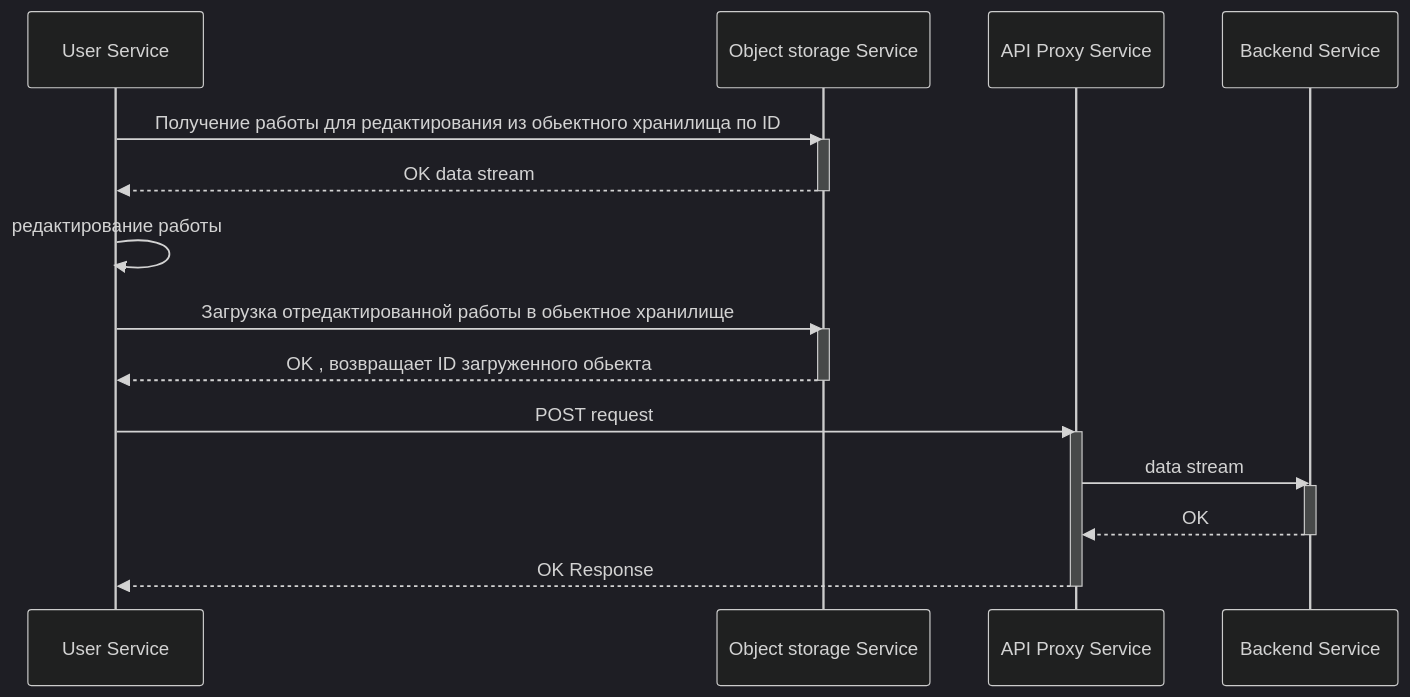
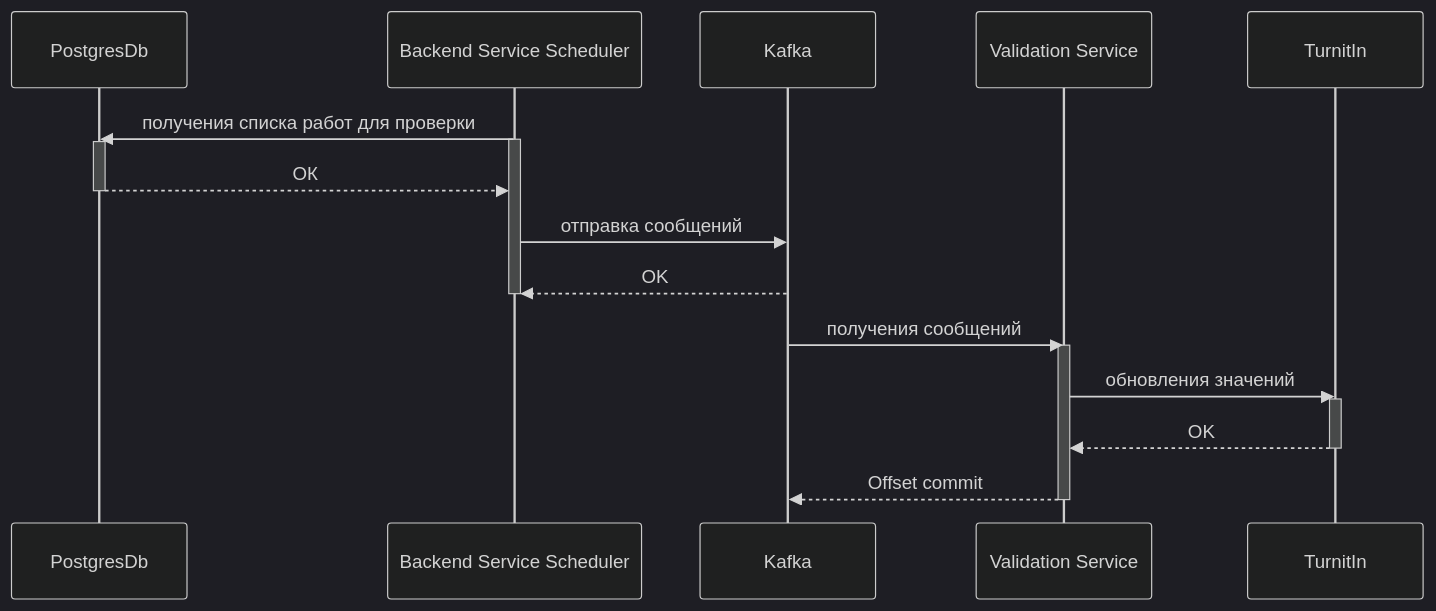
The fourth of 4 diagrams in FinalProject/project.md (Santat2023/OtusHomework), drawn with Mermaid (dark theme) before and after one commit. The commit also changed other lines of this file, not shown here.

````diff
--- a/FinalProject/project.md
+++ b/FinalProject/project.md
@@ -238,25 +257,29 @@
 ```mermaid
 sequenceDiagram
-    participant USR as User Service
-    participant S3 as Object storage Service
-    participant API as API Proxy Service
-    participant Backend as Backend Service
+      participant Db as PostgresDb
+    participant Backend as Backend Service Scheduler
+    participant Kafka as Kafka
+    participant Validation as Validation Service
+    participant TurnitIn as TurnitIn
 
-    USR->>S3: Получение работы для редактирования из обьектного хранилища по ID
-    activate S3
-    S3-->>USR: OK data stream
-    deactivate S3
-    USR->>USR: редактирование работы
-    USR->>S3: Загрузка отредактированной работы в обьектное хранилище
-    activate S3
-    S3-->>USR: OK , возвращает ID загруженного обьекта
-    deactivate S3
-    USR->>API: POST request
-    activate API
-    API->>Backend: data stream
+    Backend ->> Db: получения списка работ для проверки
     activate Backend
-    Backend-->>API: OK
+    activate Db
+    Db -->> Backend: ОК
+    deactivate Db
+
+    Backend ->> Kafka: отправка сообщений
+    Kafka -->> Backend: OK
     deactivate Backend
-    API-->>USR: OK Response
-    deactivate API
+
+    Kafka ->> Validation: получения сообщений
+    activate Validation
+    Validation ->> TurnitIn: обновления значений
+    activate TurnitIn
+    TurnitIn -->> Validation: OK
+    deactivate TurnitIn
+    Validation -->> Kafka: Offset commit
+    deactivate Validation
+
+
 ```
````
